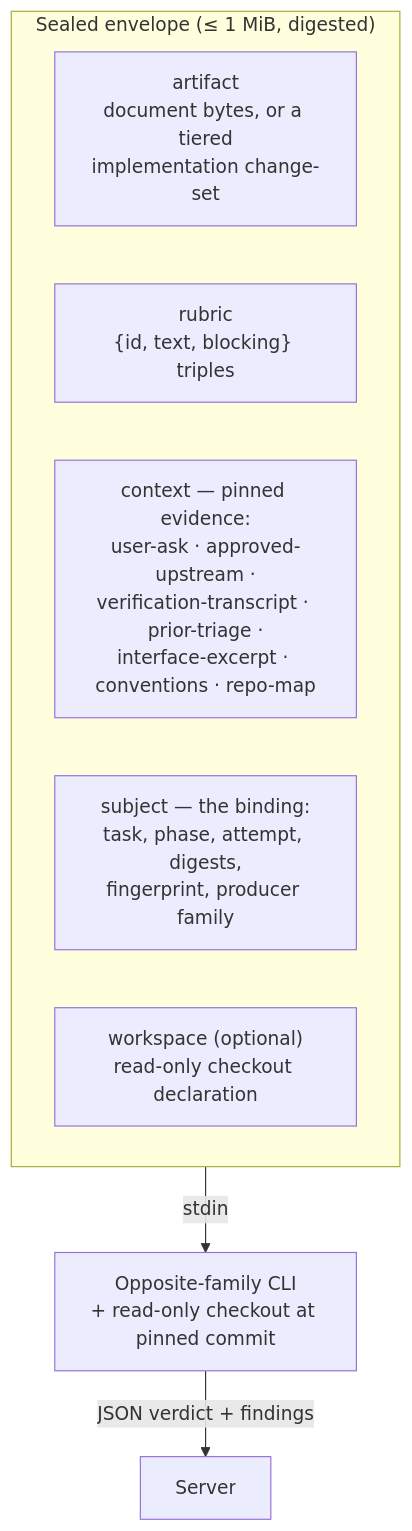
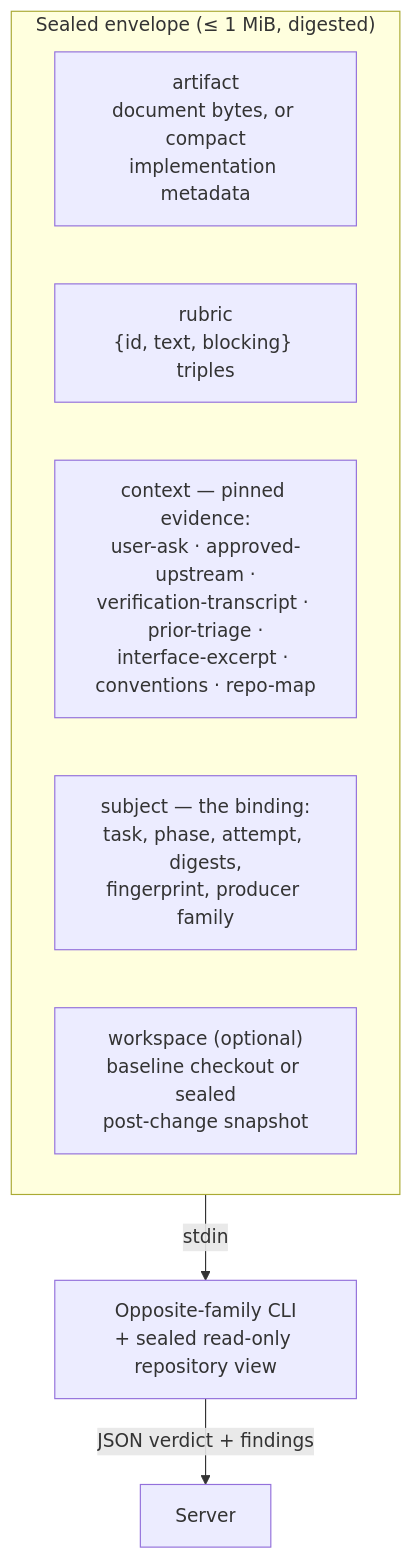
The first of 2 diagrams in docs/review/COUNTER-REVIEW.md (Aroton/ArchflowV2), drawn with Mermaid before and after one commit. The commit also changed other lines of this file and 26 other files, not shown here.

````diff
--- a/docs/review/COUNTER-REVIEW.md
+++ b/docs/review/COUNTER-REVIEW.md
@@ -11,12 +11,12 @@
 ```mermaid
 flowchart TB
     subgraph ENV["Sealed envelope (≤ 1 MiB, digested)"]
-        A["artifact<br/>document bytes, or a tiered<br/>implementation change-set"]
+        A["artifact<br/>document bytes, or compact<br/>implementation metadata"]
         R["rubric<br/>{id, text, blocking} triples"]
         C["context — pinned evidence:<br/>user-ask · approved-upstream ·<br/>verification-transcript · prior-triage ·<br/>interface-excerpt · conventions · repo-map"]
         S["subject — the binding:<br/>task, phase, attempt, digests,<br/>fingerprint, producer family"]
-        W["workspace (optional)<br/>read-only checkout declaration"]
+        W["workspace (optional)<br/>baseline checkout or sealed<br/>post-change snapshot"]
     end
-    ENV -->|stdin| Child["Opposite-family CLI<br/>+ read-only checkout at pinned commit"]
+    ENV -->|stdin| Child["Opposite-family CLI<br/>+ sealed read-only repository view"]
     Child -->|JSON verdict + findings| Server
 ```
````
